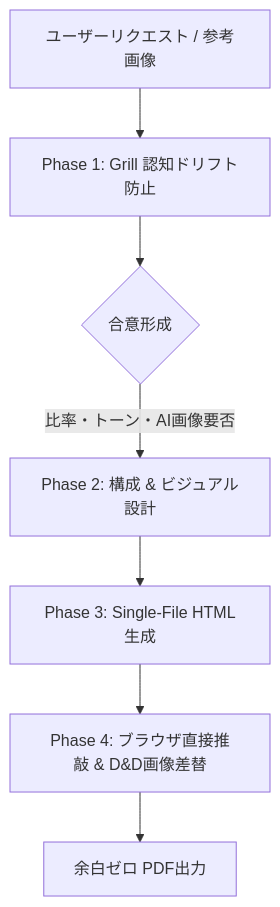
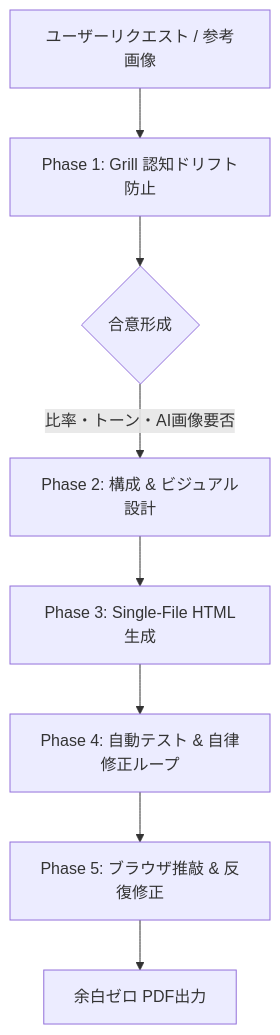
Before and after one commit to XitakSE/AINativeSlide: the diagram in SKILL.md, drawn with Mermaid. The commit also changed other lines of this file and 5 other files, not shown here.

````diff
--- a/SKILL.md
+++ b/SKILL.md
@@ -20,9 +22,10 @@
 ```mermaid
 flowchart TD
     A[ユーザーリクエスト / 参考画像] --> B[Phase 1: Grill 認知ドリフト防止]
     B --> C{合意形成}
     C -->|比率・トーン・AI画像要否| D[Phase 2: 構成 & ビジュアル設計]
     D --> E[Phase 3: Single-File HTML生成]
-    E --> F[Phase 4: ブラウザ直接推敲 & D&D画像差替]
-    F --> G[余白ゼロ PDF出力]
+    E --> F[Phase 4: 自動テスト & 自律修正ループ]
+    F --> G[Phase 5: ブラウザ推敲 & 反復修正]
+    G --> H[余白ゼロ PDF出力]
 ```
````
